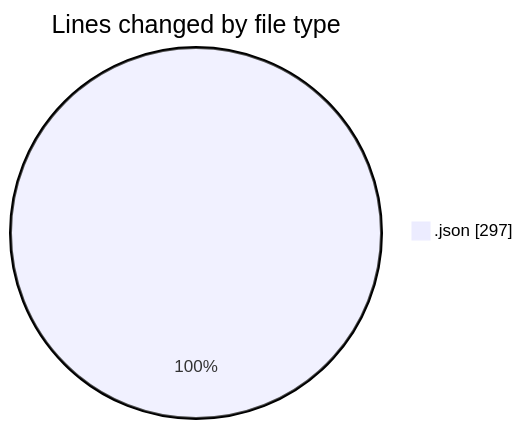
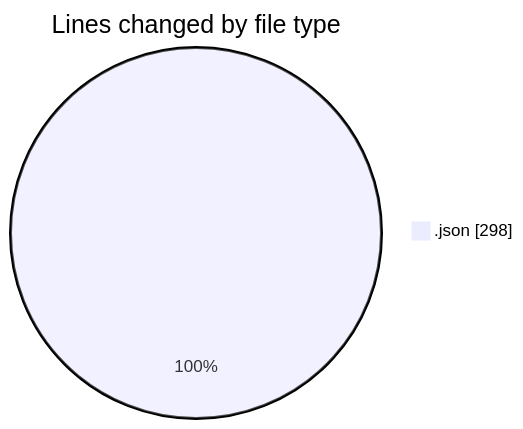
One commit to yexinjia/code-tracking changed the first of 2 diagrams in 2026-09-10/repo-copilot/README.md. Above: the diagram before and after it, drawn with Mermaid. The commit also changed other lines of this file and 1 other file, not shown here.

````diff
--- a/2026-09-10/repo-copilot/README.md
+++ b/2026-09-10/repo-copilot/README.md
@@ -21,5 +21,5 @@
 ```mermaid
 pie showData
 title Lines changed by file type
-".json" : 297
+".json" : 298
 ```
````
